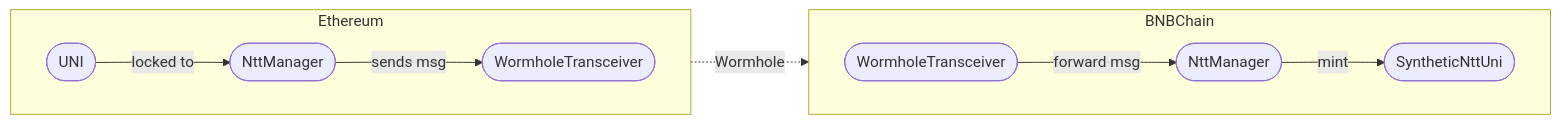
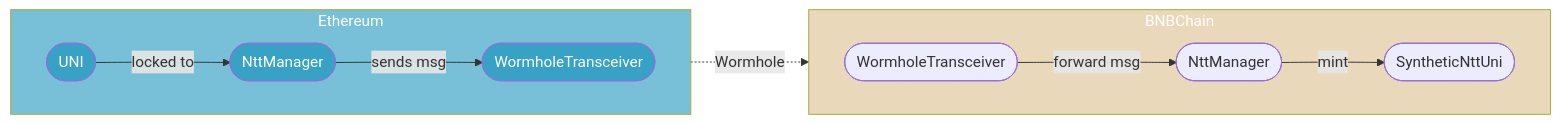
One commit to Uniswap/protocol-fees changed the second of 4 diagrams in script/proposal-4/Index.md. Above: the diagram before and after it, drawn with Mermaid. The commit also changed other lines of this file, not shown here.

````diff
--- a/script/proposal-4/Index.md
+++ b/script/proposal-4/Index.md
@@ -83,23 +83,26 @@
 ```mermaid
 flowchart LR
-    ETH_WT([WormholeTransceiver])
-    ETH_NTT([NttManager])
-    ETH_UNI([UNI])
+    ETH_WT([WormholeTransceiver]):::eth
+    ETH_NTT([NttManager]):::eth
+    ETH_UNI([UNI]):::eth
     BNB_WT([WormholeTransceiver])
     BNB_NTT([NttManager])
     BNB_UNI([SyntheticNttUni])
 
     subgraph Ethereum
         direction LR
         ETH_UNI -->|locked to| ETH_NTT
         ETH_NTT -->|sends msg| ETH_WT
     end
 
-    Ethereum -.->|Wormhole| BNBChain
+    Ethereum:::eth -.->|Wormhole| BNBChain:::bnb
 
     subgraph BNBChain
         direction LR
         BNB_WT -->|forward msg| BNB_NTT
         BNB_NTT -->|mint| BNB_UNI
     end
+
+    classDef bnb fill:#d7b67e88,color:#fff
+    classDef eth fill:#008ab688,color:#fff
 ```
````
